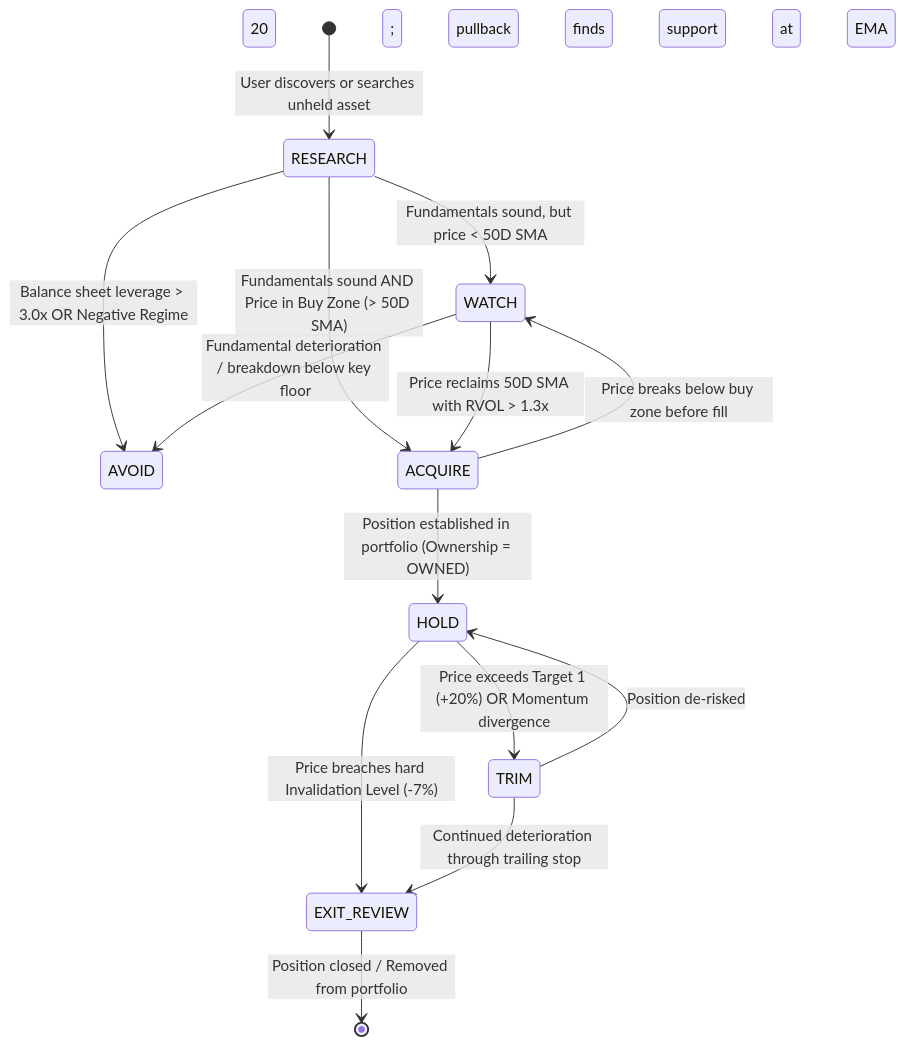
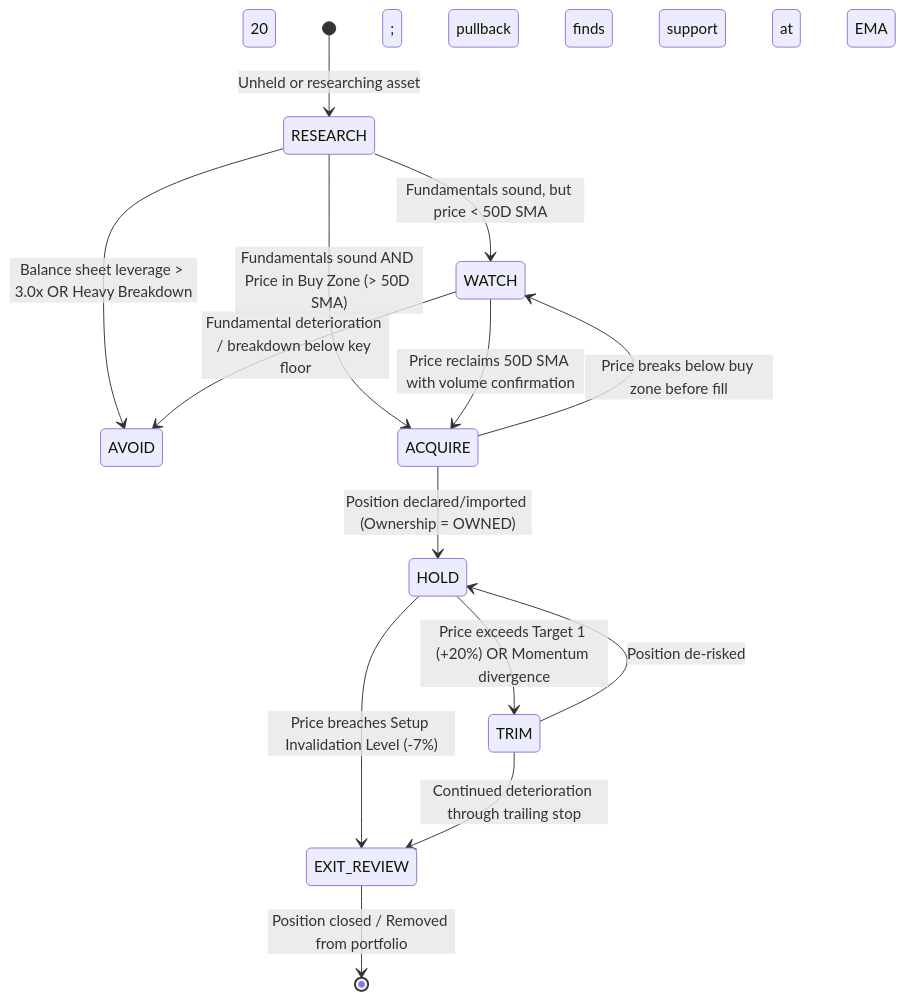
Before and after one commit to daakara/finance: the diagram in docs/ux/08_state_transition_model.md, drawn with Mermaid. The commit also changed other lines of this file and 8 other files, not shown here.

````diff
--- a/docs/ux/08_state_transition_model.md
+++ b/docs/ux/08_state_transition_model.md
@@ -11,22 +40,22 @@
 ```mermaid
 stateDiagram-v2
-    [*] --> RESEARCH: User discovers or searches unheld asset
+    [*] --> RESEARCH: Unheld or researching asset
     
-    RESEARCH --> AVOID: Balance sheet leverage > 3.0x OR Negative Regime
+    RESEARCH --> AVOID: Balance sheet leverage > 3.0x OR Heavy Breakdown
     RESEARCH --> WATCH: Fundamentals sound, but price < 50D SMA
     RESEARCH --> ACQUIRE: Fundamentals sound AND Price in Buy Zone (> 50D SMA)
     
-    WATCH --> ACQUIRE: Price reclaims 50D SMA with RVOL > 1.3x
+    WATCH --> ACQUIRE: Price reclaims 50D SMA with volume confirmation
     WATCH --> AVOID: Fundamental deterioration / breakdown below key floor
     
-    ACQUIRE --> HOLD: Position established in portfolio (Ownership = OWNED)
+    ACQUIRE --> HOLD: Position declared/imported (Ownership = OWNED)
     ACQUIRE --> WATCH: Price breaks below buy zone before fill
     
     HOLD --> TRIM: Price exceeds Target 1 (+20%) OR Momentum divergence
-    HOLD --> EXIT_REVIEW: Price breaches hard Invalidation Level (-7%)
+    HOLD --> EXIT_REVIEW: Price breaches Setup Invalidation Level (-7%)
     
     TRIM --> HOLD: Position de-risked; pullback finds support at 20 EMA
     TRIM --> EXIT_REVIEW: Continued deterioration through trailing stop
     
     EXIT_REVIEW --> [*]: Position closed / Removed from portfolio
 ```
````
